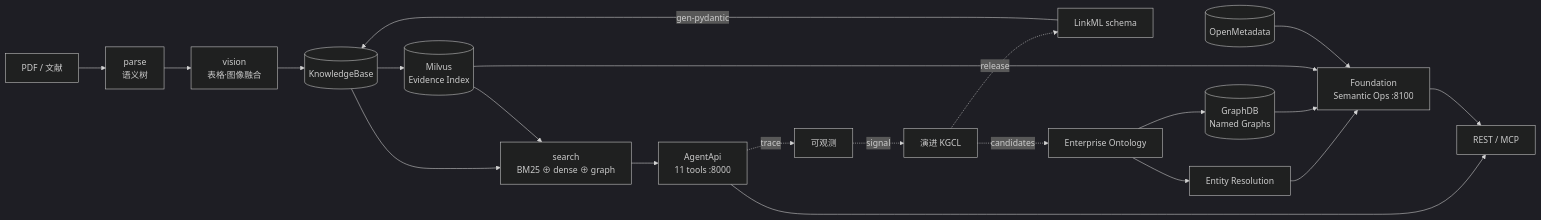
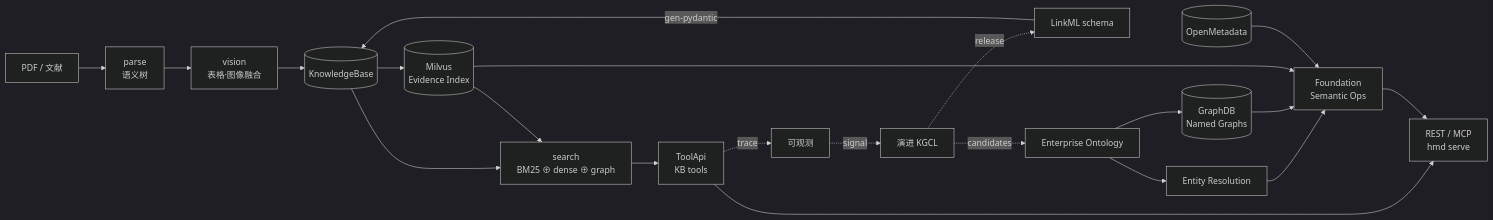
The diagram in README.md (zhiweio/biomed-ontology), drawn with Mermaid (dark theme) before and after one commit. The commit also changed other lines of this file and 58 other files, not shown here.

````diff
--- a/README.md
+++ b/README.md
@@ -161,23 +161,23 @@
 ```mermaid
 flowchart LR
     PDF[PDF / 文献] --> P[parse<br/>语义树]
     P --> V[vision<br/>表格·图像融合]
     V --> KB[(KnowledgeBase)]
     ONT[LinkML schema] -->|gen-pydantic| KB
     KB --> S[search<br/>BM25 ⊕ dense ⊕ graph]
     KB --> M[(Milvus<br/>Evidence Index)]
     M --> S
-    S --> API[AgentApi<br/>11 tools :8000]
+    S --> API[ToolApi<br/>KB tools]
     ENT[Enterprise Ontology] --> GDB[(GraphDB<br/>Named Graphs)]
     ENT --> RES[Entity Resolution]
-    RES --> FAPI[Foundation<br/>Semantic Ops :8100]
+    RES --> FAPI[Foundation<br/>Semantic Ops]
     GDB --> FAPI
     M --> FAPI
     OM[(OpenMetadata)] --> FAPI
-    API --> REST[REST / MCP]
-    FAPI --> REST
+    API --> SAL[REST / MCP<br/>hmd serve]
+    FAPI --> SAL
     API -.trace.-> OBS[可观测]
     OBS -.signal.-> EVO[演进 KGCL]
     EVO -.release.-> ONT
     EVO -.candidates.-> ENT
 ```
````
